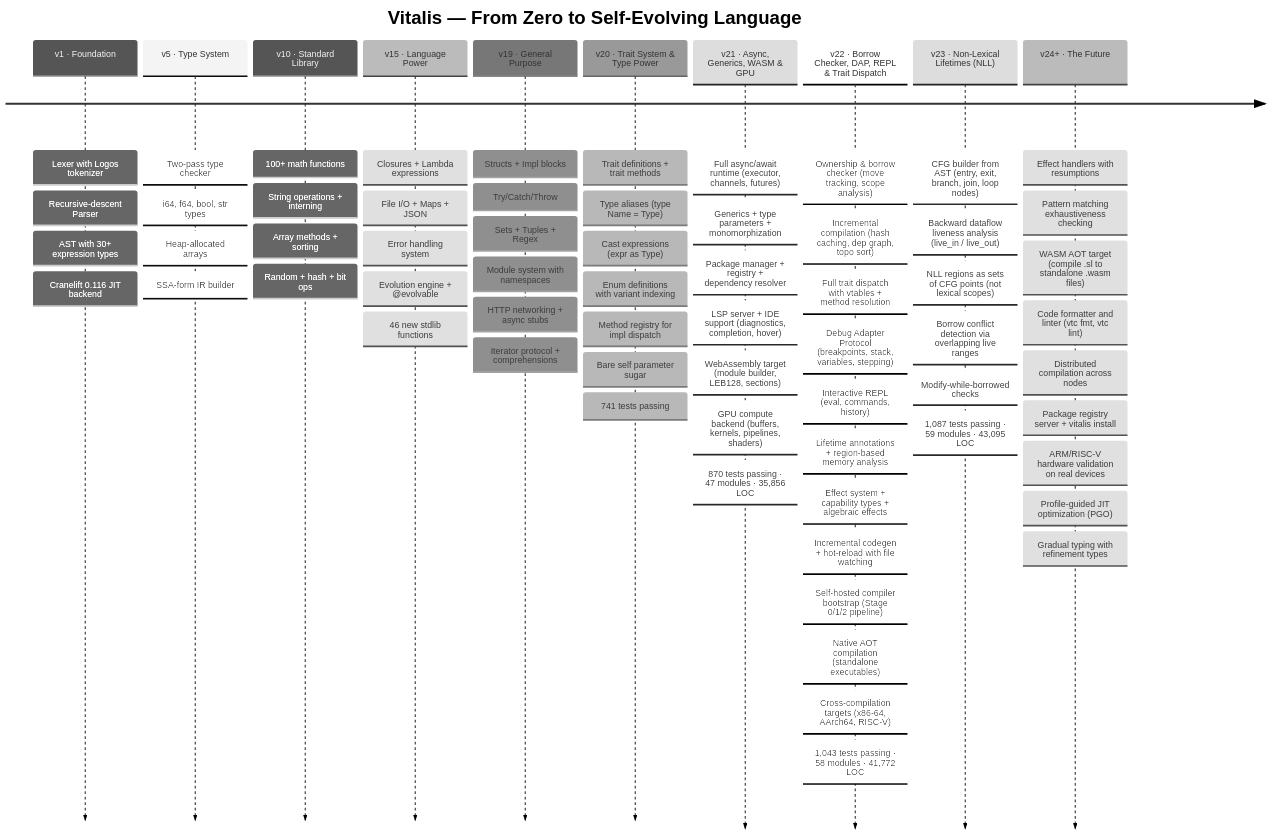
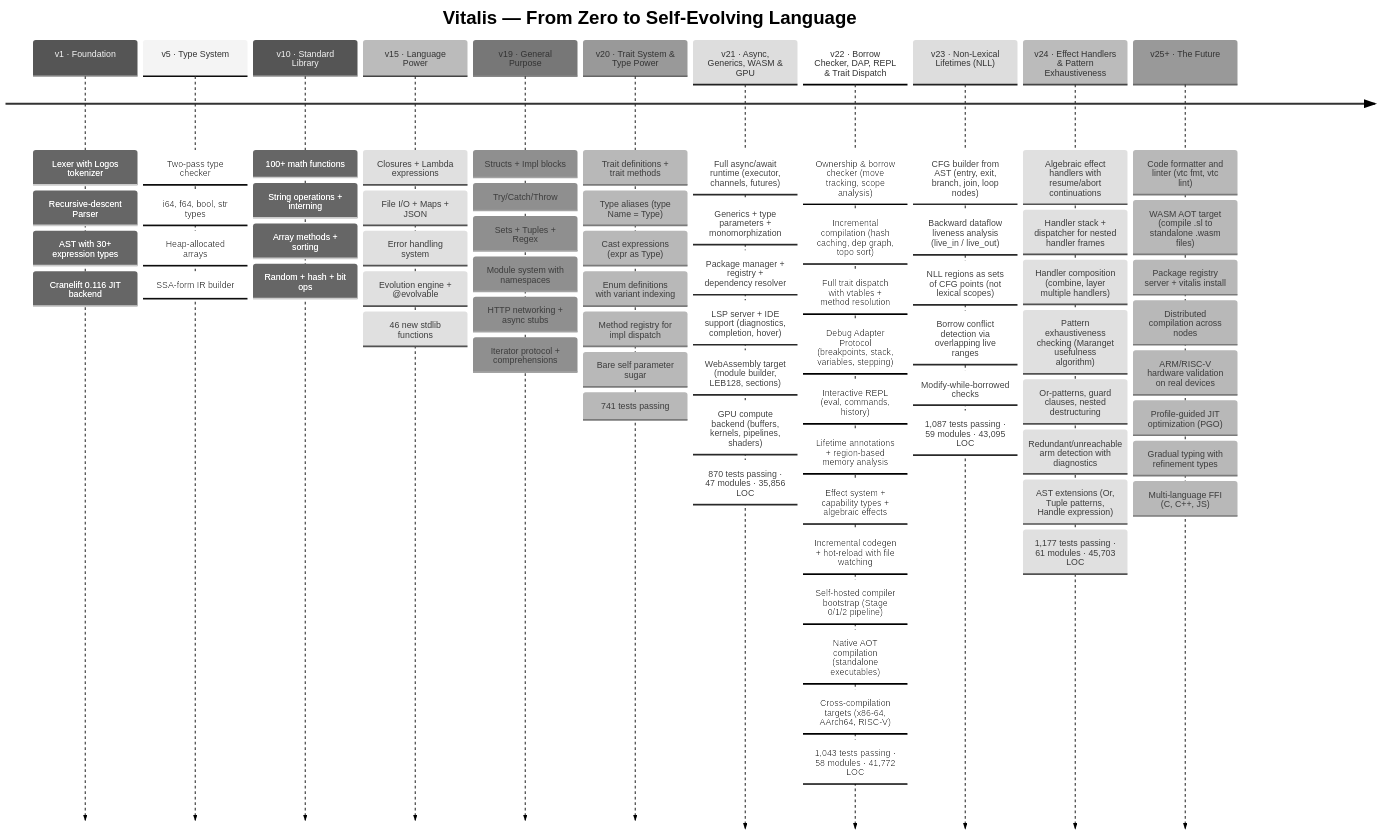
One commit to ModernOps888/vitalis changed the seventh of 7 diagrams in README.md. Above: the diagram before and after it, drawn with Mermaid (neutral theme). The commit also changed other lines of this file and 11 other files, not shown here.

First line of the commit message:
feat: v24.0.0 — Effect Handlers & Pattern Exhaustiveness

````diff
--- a/README.md
+++ b/README.md
@@ -1068,14 +1074,23 @@
         : Modify-while-borrowed checks
         : 1,087 tests passing · 59 modules · 43,095 LOC
 
-    v24+ · The Future
-        : Effect handlers with resumptions
-        : Pattern matching exhaustiveness checking
+    v24 · Effect Handlers & Pattern Exhaustiveness
+        : Algebraic effect handlers with resume/abort continuations
+        : Handler stack + dispatcher for nested handler frames
+        : Handler composition (combine, layer multiple handlers)
+        : Pattern exhaustiveness checking (Maranget usefulness algorithm)
+        : Or-patterns, guard clauses, nested destructuring
+        : Redundant/unreachable arm detection with diagnostics
+        : AST extensions (Or, Tuple patterns, Handle expression)
+        : 1,177 tests passing · 61 modules · 45,703 LOC
+
+    v25+ · The Future
+        : Code formatter and linter (vtc fmt, vtc lint)
         : WASM AOT target (compile .sl to standalone .wasm files)
-        : Code formatter and linter (vtc fmt, vtc lint)
+        : Package registry server + vitalis install
         : Distributed compilation across nodes
-        : Package registry server + vitalis install
         : ARM/RISC-V hardware validation on real devices
         : Profile-guided JIT optimization (PGO)
         : Gradual typing with refinement types
+        : Multi-language FFI (C, C++, JS)
 ```
````
